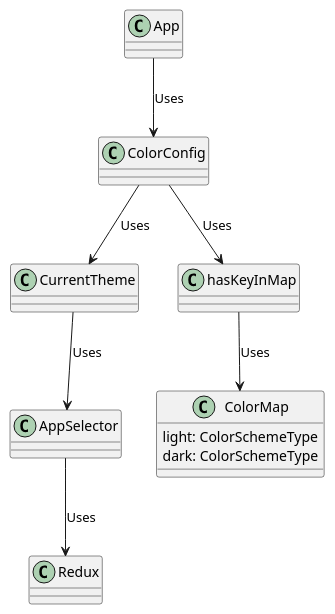
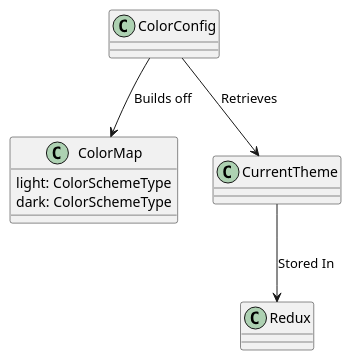
One commit to Windesheim-AI/UML-diagrams changed the diagram in tdd/theme.puml. Above: the diagram before and after it, drawn with PlantUML.

Commit message:
refactor: :recycle: made the theme model easier to understand

```diff
--- a/tdd/theme.puml
+++ b/tdd/theme.puml
@@ -1,24 +1,15 @@
 @startuml Colors
 
 class ColorMap {
     light: ColorSchemeType
     dark: ColorSchemeType
 }
 
 class CurrentTheme{
 
 }
 
-class App{
-
-}
-
-
-
-CurrentTheme --> AppSelector: Uses
-ColorConfig --> hasKeyInMap: Uses
-ColorConfig --> CurrentTheme: Uses
-hasKeyInMap --> ColorMap: Uses
-App --> ColorConfig: Uses
-AppSelector --> Redux: Uses
+CurrentTheme --> Redux: Stored In
+ColorConfig --> ColorMap: Builds off
+ColorConfig --> CurrentTheme: Retrieves
 @enduml
```
